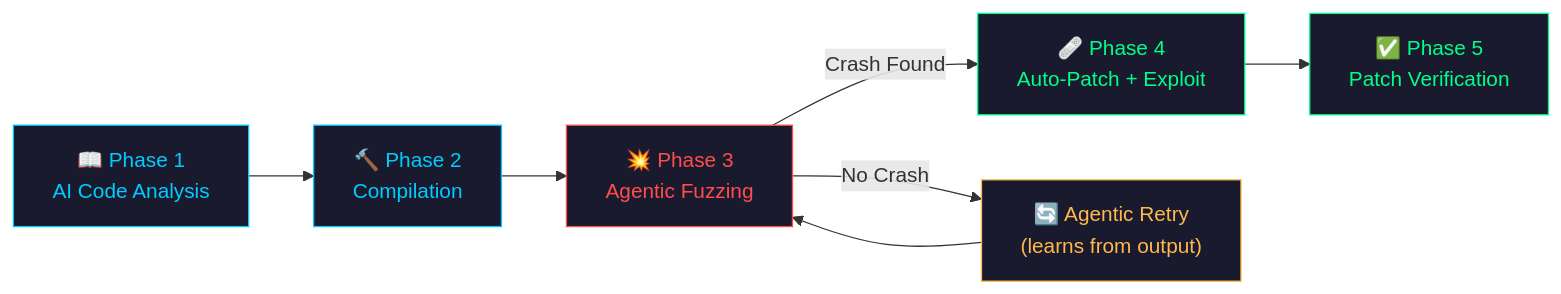
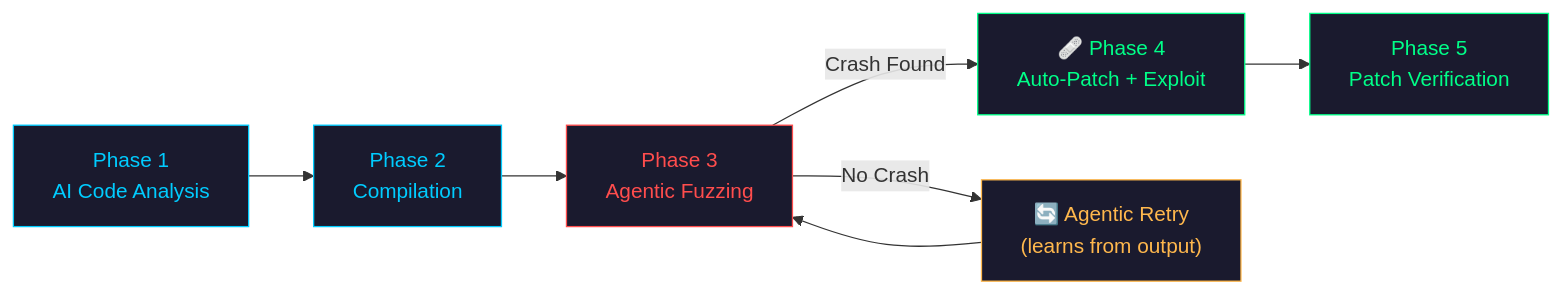
One commit to Bunny-sysd/mutagen changed the diagram in README.md. Above: the diagram before and after it, drawn with Mermaid. The commit also changed other lines of this file and 6 other files, not shown here.

````diff
--- a/README.md
+++ b/README.md
@@ -72,16 +72,16 @@
 ```mermaid
 graph LR
-    A["📖 Phase 1\nAI Code Analysis"] --> B["🔨 Phase 2\nCompilation"]
-    B --> C["💥 Phase 3\nAgentic Fuzzing"]
+    A["Phase 1\nAI Code Analysis"] --> B["Phase 2\nCompilation"]
+    B --> C["Phase 3\nAgentic Fuzzing"]
     C -->|"Crash Found"| D["🩹 Phase 4\nAuto-Patch + Exploit"]
     C -->|"No Crash"| C2["🔄 Agentic Retry\n(learns from output)"]
     C2 --> C
-    D --> E["✅ Phase 5\nPatch Verification"]
+    D --> E["Phase 5\nPatch Verification"]
 
     style A fill:#1a1a2e,stroke:#00ccff,color:#00ccff
     style B fill:#1a1a2e,stroke:#00ccff,color:#00ccff
     style C fill:#1a1a2e,stroke:#ff4d4d,color:#ff4d4d
     style C2 fill:#1a1a2e,stroke:#ffb84d,color:#ffb84d
     style D fill:#1a1a2e,stroke:#00ff88,color:#00ff88
     style E fill:#1a1a2e,stroke:#00ff88,color:#00ff88
 ```
````
